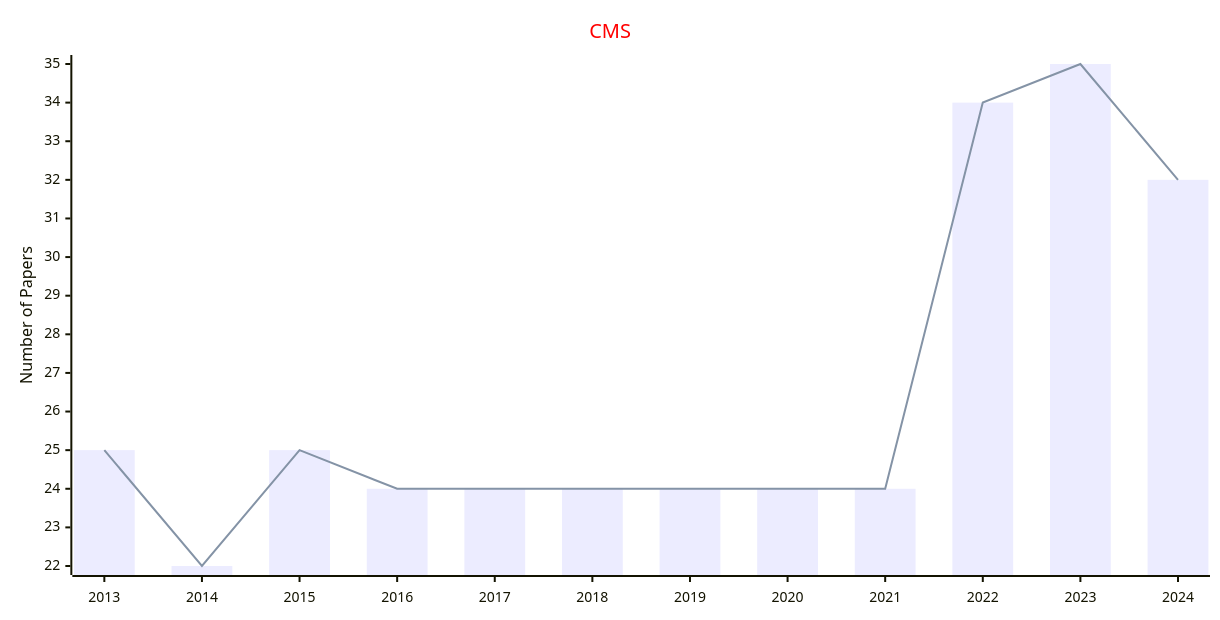
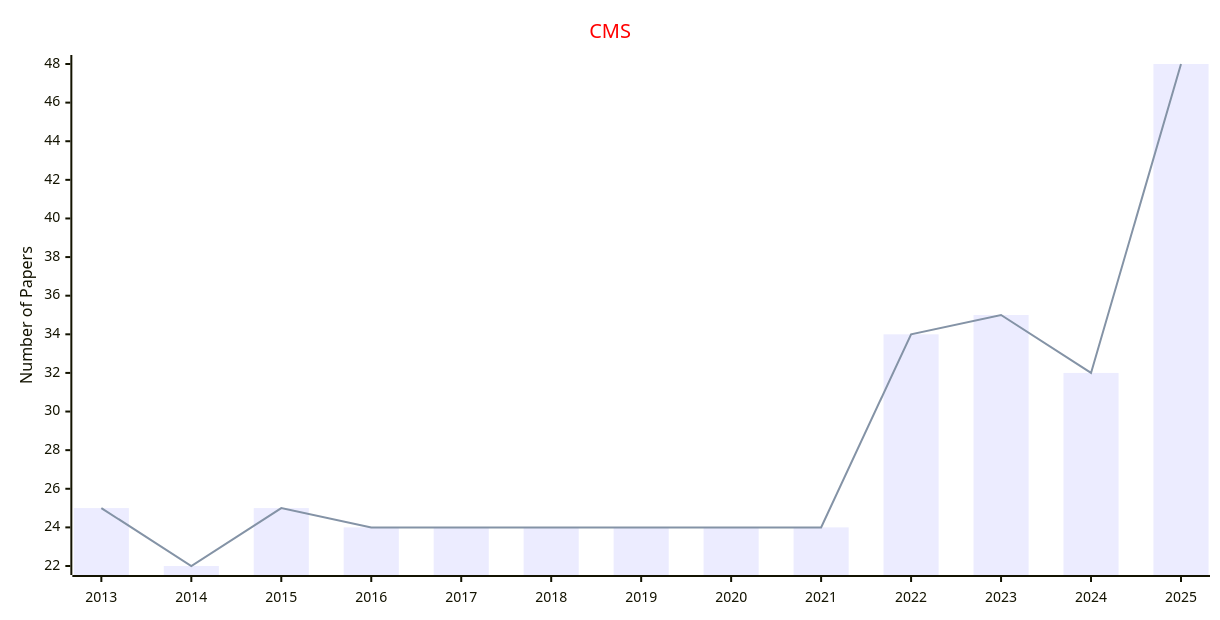
One commit to Easy-PhD/AILinks changed the third of 6 diagrams in docs/data/Journals/Statistics_Journals/Statistics.md. Above: the diagram before and after it, drawn with Mermaid. The commit also changed other lines of this file and 107 other files, not shown here.

````diff
--- a/docs/data/Journals/Statistics_Journals/Statistics.md
+++ b/docs/data/Journals/Statistics_Journals/Statistics.md
@@ -63,17 +63,17 @@
 ```mermaid
 ---
 config:
     xyChart:
         width: 1200
         height: 600
     themeVariables:
         xyChart:
             titleColor: "#ff0000"
 ---
 xychart-beta
     title "CMS"
-    x-axis [2013, 2014, 2015, 2016, 2017, 2018, 2019, 2020, 2021, 2022, 2023, 2024]
+    x-axis [2013, 2014, 2015, 2016, 2017, 2018, 2019, 2020, 2021, 2022, 2023, 2024, 2025]
     y-axis "Number of Papers"
-    bar [25, 22, 25, 24, 24, 24, 24, 24, 24, 34, 35, 32]
-    line [25, 22, 25, 24, 24, 24, 24, 24, 24, 34, 35, 32]
+    bar [25, 22, 25, 24, 24, 24, 24, 24, 24, 34, 35, 32, 48]
+    line [25, 22, 25, 24, 24, 24, 24, 24, 24, 34, 35, 32, 48]
 ```
````
